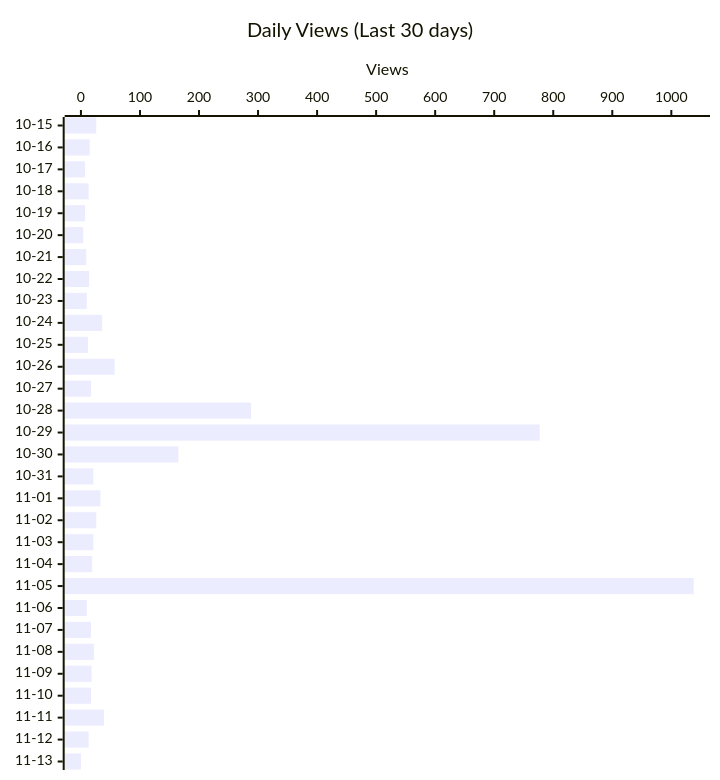
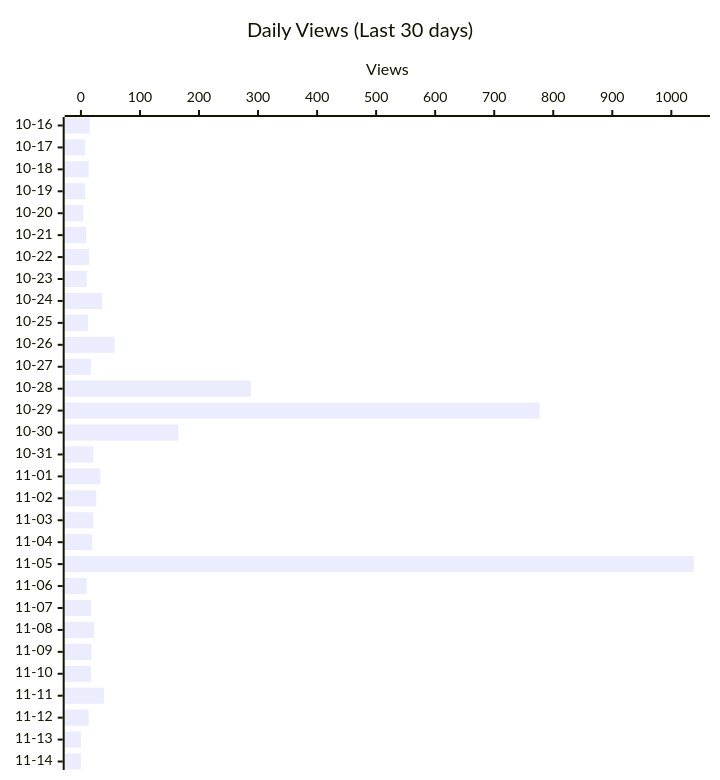
The second of 4 diagrams in README.md (shigechika/github-insights), drawn with Mermaid before and after one commit. The commit also changed other lines of this file and 1 other file, not shown here.

````diff
--- a/README.md
+++ b/README.md
@@ -28,12 +28,12 @@
 ```mermaid
 ---
 config:
   xyChart:
     height: 760
 ---
 xychart-beta horizontal
     title "Daily Views (Last 30 days)"
-    x-axis ["10-15", "10-16", "10-17", "10-18", "10-19", "10-20", "10-21", "10-22", "10-23", "10-24", "10-25", "10-26", "10-27", "10-28", "10-29", "10-30", "10-31", "11-01", "11-02", "11-03", "11-04", "11-05", "11-06", "11-07", "11-08", "11-09", "11-10", "11-11", "11-12", "11-13"]
+    x-axis ["10-16", "10-17", "10-18", "10-19", "10-20", "10-21", "10-22", "10-23", "10-24", "10-25", "10-26", "10-27", "10-28", "10-29", "10-30", "10-31", "11-01", "11-02", "11-03", "11-04", "11-05", "11-06", "11-07", "11-08", "11-09", "11-10", "11-11", "11-12", "11-13", "11-14"]
     y-axis "Views"
-    bar [26, 15, 7, 13, 7, 4, 9, 14, 10, 36, 12, 57, 17, 288, 777, 165, 21, 33, 26, 21, 19, 1038, 10, 17, 22, 18, 17, 39, 13, 0]
+    bar [15, 7, 13, 7, 4, 9, 14, 10, 36, 12, 57, 17, 288, 777, 165, 21, 33, 26, 21, 19, 1038, 10, 17, 22, 18, 17, 39, 13, 0, 0]
 ```
````
